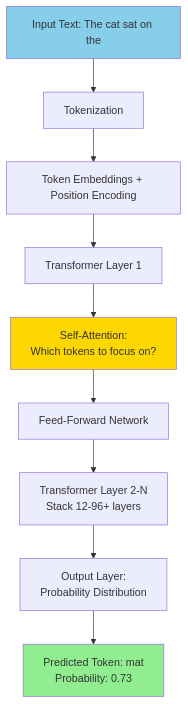
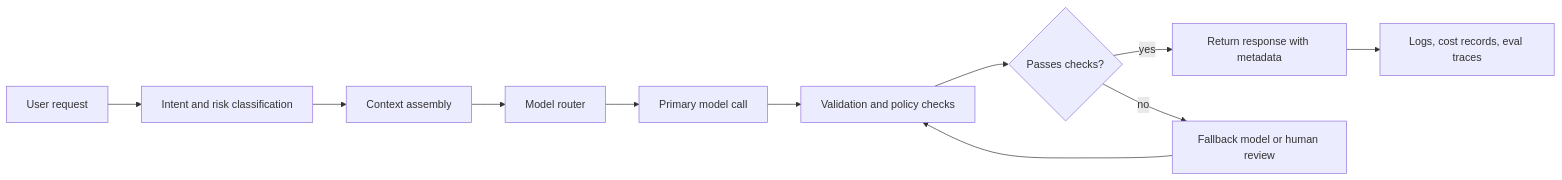
The diagram in src/content/docs/ai-ml-engineering/generative-ai/module-1.1-introduction-to-large-language-models.md (krisztiankoos/kubedojo), drawn with Mermaid before and after one commit. The commit also changed other lines of this file, not shown here.

````diff
--- a/src/content/docs/ai-ml-engineering/generative-ai/module-1.1-introduction-to-large-language-models.md
+++ b/src/content/docs/ai-ml-engineering/generative-ai/module-1.1-introduction-to-large-language-models.md
@@ -207,15 +71,13 @@
 ```mermaid
-graph TD
-    A[Input Text: The cat sat on the] --> B[Tokenization]
-    B --> C[Token Embeddings + Position Encoding]
-    C --> D[Transformer Layer 1]
-    D --> E[Self-Attention:<br/>Which tokens to focus on?]
-    E --> F[Feed-Forward Network]
-    F --> G[Transformer Layer 2-N<br/>Stack 12-96+ layers]
-    G --> H[Output Layer:<br/>Probability Distribution]
-    H --> I[Predicted Token: mat<br/>Probability: 0.73]
-
-    style A fill:#87CEEB
-    style I fill:#90EE90
-    style E fill:#FFD700
+flowchart LR
+    A[User request] --> B[Intent and risk classification]
+    B --> C[Context assembly]
+    C --> D[Model router]
+    D --> E[Primary model call]
+    E --> F[Validation and policy checks]
+    F --> G{Passes checks?}
+    G -- yes --> H[Return response with metadata]
+    G -- no --> I[Fallback model or human review]
+    I --> F
+    H --> J[Logs, cost records, eval traces]
 ```
````
